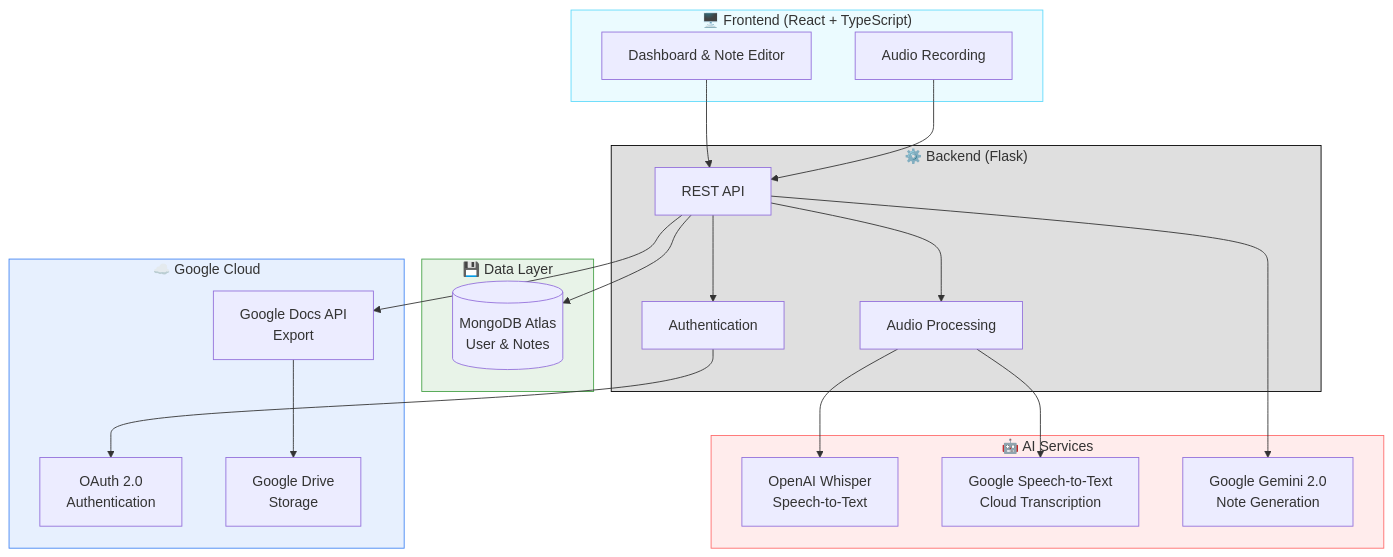
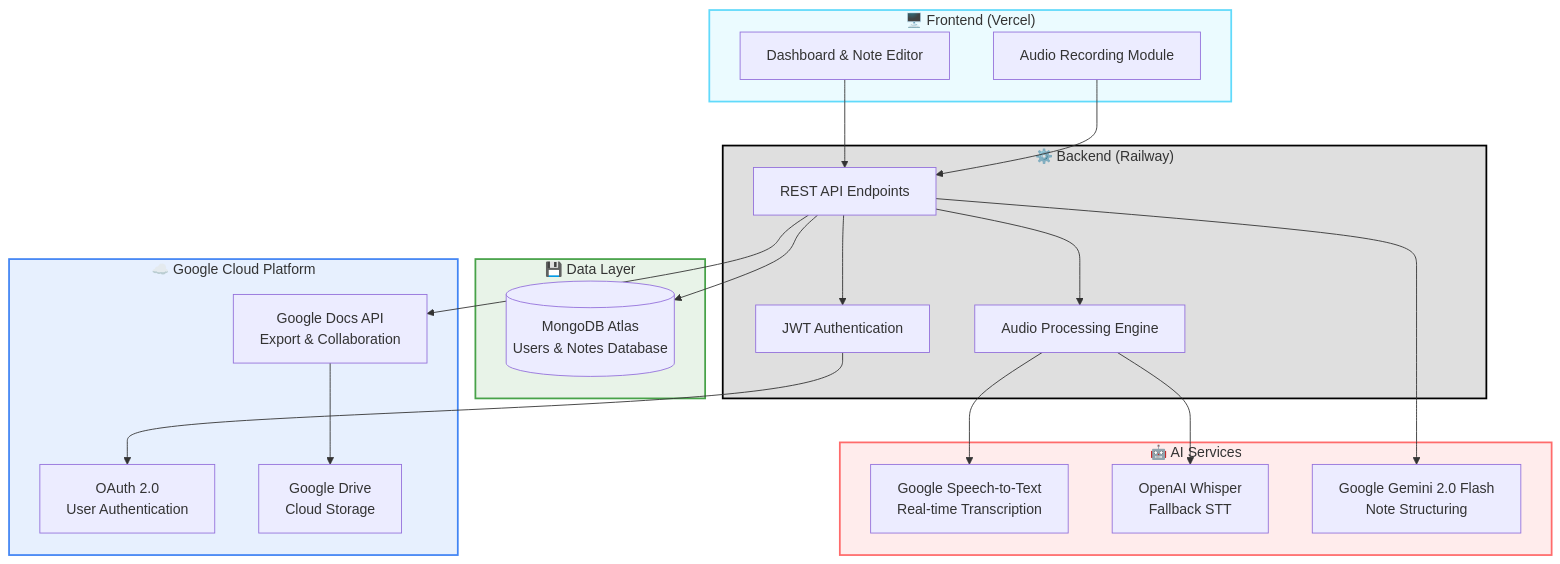
The diagram in README.md (YayaBud/Google-Lecture-Transcriber), drawn with Mermaid before and after one commit. The commit also changed other lines of this file, not shown here.

````diff
--- a/README.md
+++ b/README.md
@@ -63,47 +96,47 @@
 ```mermaid
 graph TB
-    subgraph Frontend["🖥️ Frontend (React + TypeScript)"]
+    subgraph Frontend["🖥️ Frontend (Vercel)"]
         UI[Dashboard & Note Editor]
-        Record[Audio Recording]
+        Record[Audio Recording Module]
     end
     
-    subgraph Backend["⚙️ Backend (Flask)"]
-        Auth[Authentication]
-        Audio[Audio Processing]
-        API[REST API]
+    subgraph Backend["⚙️ Backend (Railway)"]
+        Auth[JWT Authentication]
+        Audio[Audio Processing Engine]
+        API[REST API Endpoints]
     end
     
     subgraph AI["🤖 AI Services"]
-        Whisper[OpenAI Whisper<br/>Speech-to-Text]
-        GoogleSTT[Google Speech-to-Text<br/>Cloud Transcription]
-        Gemini[Google Gemini 2.0<br/>Note Generation]
+        GoogleSTT[Google Speech-to-Text<br/>Real-time Transcription]
+        Whisper[OpenAI Whisper<br/>Fallback STT]
+        Gemini[Google Gemini 2.0 Flash<br/>Note Structuring]
     end
     
     subgraph Data["💾 Data Layer"]
-        MongoDB[(MongoDB Atlas<br/>User & Notes)]
+        MongoDB[(MongoDB Atlas<br/>Users & Notes Database)]
     end
     
-    subgraph Google["☁️ Google Cloud"]
-        OAuth[OAuth 2.0<br/>Authentication]
-        Docs[Google Docs API<br/>Export]
-        Drive[Google Drive<br/>Storage]
+    subgraph Google["☁️ Google Cloud Platform"]
+        OAuth[OAuth 2.0<br/>User Authentication]
+        Docs[Google Docs API<br/>Export & Collaboration]
+        Drive[Google Drive<br/>Cloud Storage]
     end
     
     UI --> API
     Record --> API
     API --> Auth
     API --> Audio
+    Audio --> GoogleSTT
     Audio --> Whisper
-    Audio --> GoogleSTT
     API --> Gemini
     Auth --> OAuth
     API --> MongoDB
     API --> Docs
     Docs --> Drive
     
-    style Frontend fill:#61DAFB20,stroke:#61DAFB
-    style Backend fill:#00000020,stroke:#000000
-    style AI fill:#FF6B6B20,stroke:#FF6B6B
-    style Data fill:#47A24820,stroke:#47A248
-    style Google fill:#4285F420,stroke:#4285F4
+    style Frontend fill:#61DAFB20,stroke:#61DAFB,stroke-width:2px
+    style Backend fill:#00000020,stroke:#000000,stroke-width:2px
+    style AI fill:#FF6B6B20,stroke:#FF6B6B,stroke-width:2px
+    style Data fill:#47A24820,stroke:#47A248,stroke-width:2px
+    style Google fill:#4285F420,stroke:#4285F4,stroke-width:2px
 ```
````
